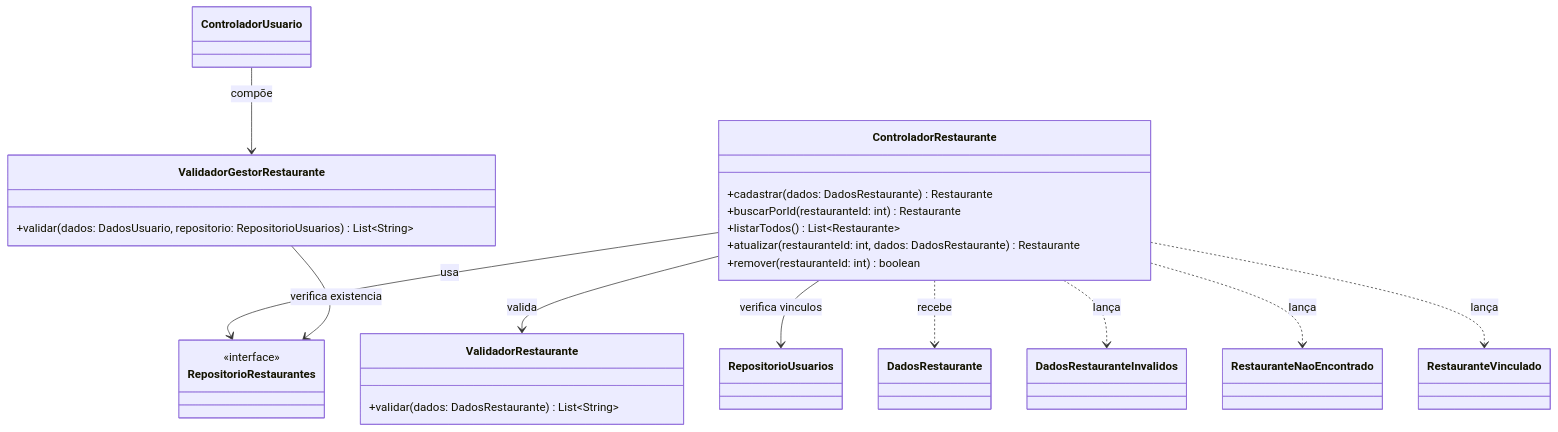
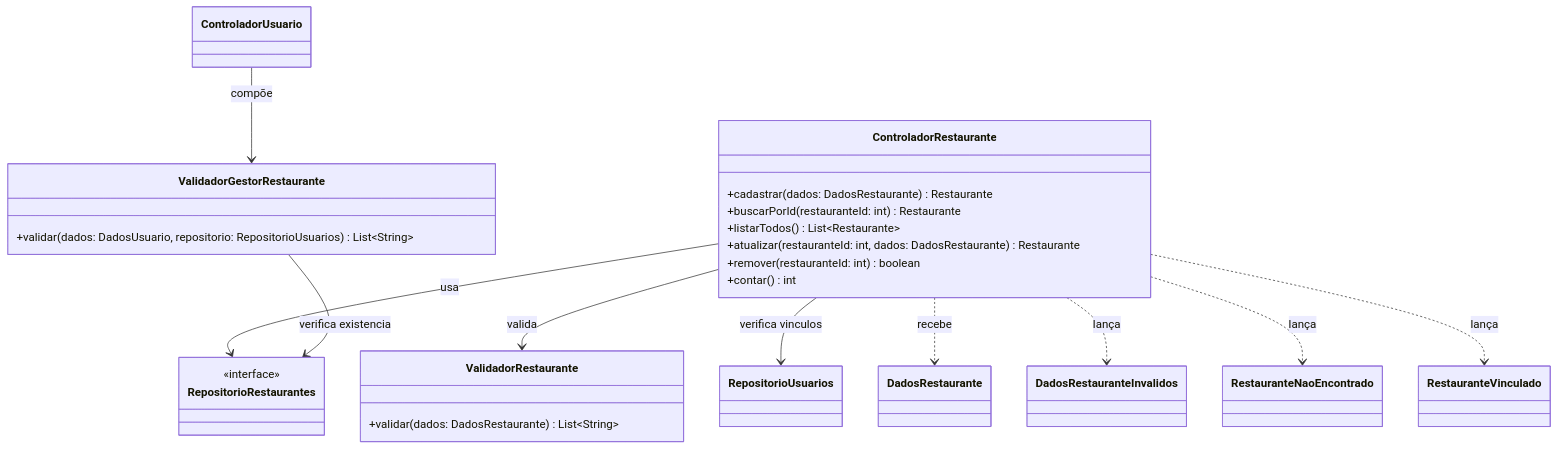
One commit to henriquesantos007/Sistema-de-Agendamento-de-Almoco changed the third of 7 diagrams in docs/08-projeto.md. Above: the diagram before and after it, drawn with Mermaid. The commit also changed other lines of this file, not shown here.

Commit message:
docs(diagramas): incluir fachada e Singleton no diagrama de classes

````diff
--- a/docs/08-projeto.md
+++ b/docs/08-projeto.md
@@ -318,38 +320,39 @@
 ```mermaid
 classDiagram
     class ControladorRestaurante {
         +cadastrar(dados: DadosRestaurante) Restaurante
         +buscarPorId(restauranteId: int) Restaurante
         +listarTodos() List~Restaurante~
         +atualizar(restauranteId: int, dados: DadosRestaurante) Restaurante
         +remover(restauranteId: int) boolean
+        +contar() int
     }
 
     class ValidadorRestaurante {
         +validar(dados: DadosRestaurante) List~String~
     }
 
     class ValidadorGestorRestaurante {
         +validar(dados: DadosUsuario, repositorio: RepositorioUsuarios) List~String~
     }
 
     class ControladorUsuario
 
     class RepositorioRestaurantes {
         <<interface>>
     }
 
     class DadosRestauranteInvalidos
     class RestauranteNaoEncontrado
     class RestauranteVinculado
 
     ControladorRestaurante --> ValidadorRestaurante : valida
     ControladorRestaurante --> RepositorioRestaurantes : usa
     ControladorRestaurante --> RepositorioUsuarios : verifica vinculos
     ControladorRestaurante ..> DadosRestaurante : recebe
     ControladorRestaurante ..> DadosRestauranteInvalidos : lança
     ControladorRestaurante ..> RestauranteNaoEncontrado : lança
     ControladorRestaurante ..> RestauranteVinculado : lança
     ControladorUsuario --> ValidadorGestorRestaurante : compõe
     ValidadorGestorRestaurante --> RepositorioRestaurantes : verifica existencia
 ```
````
